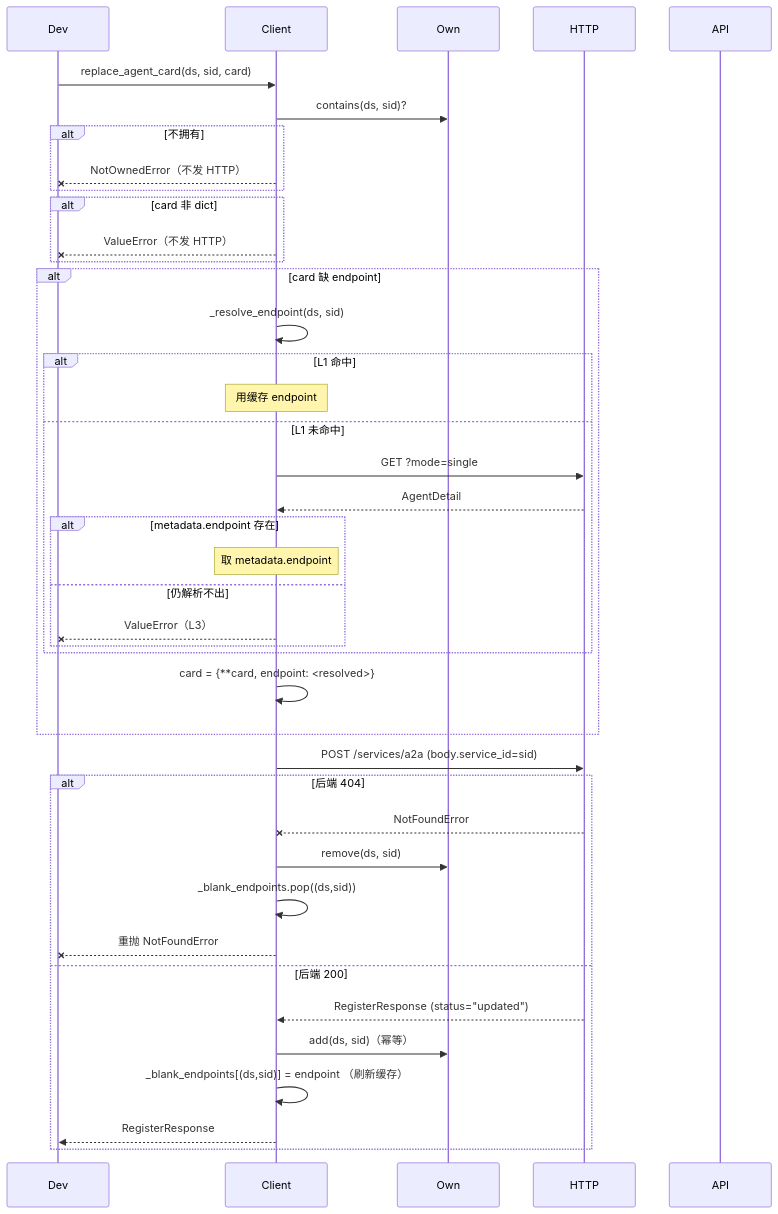
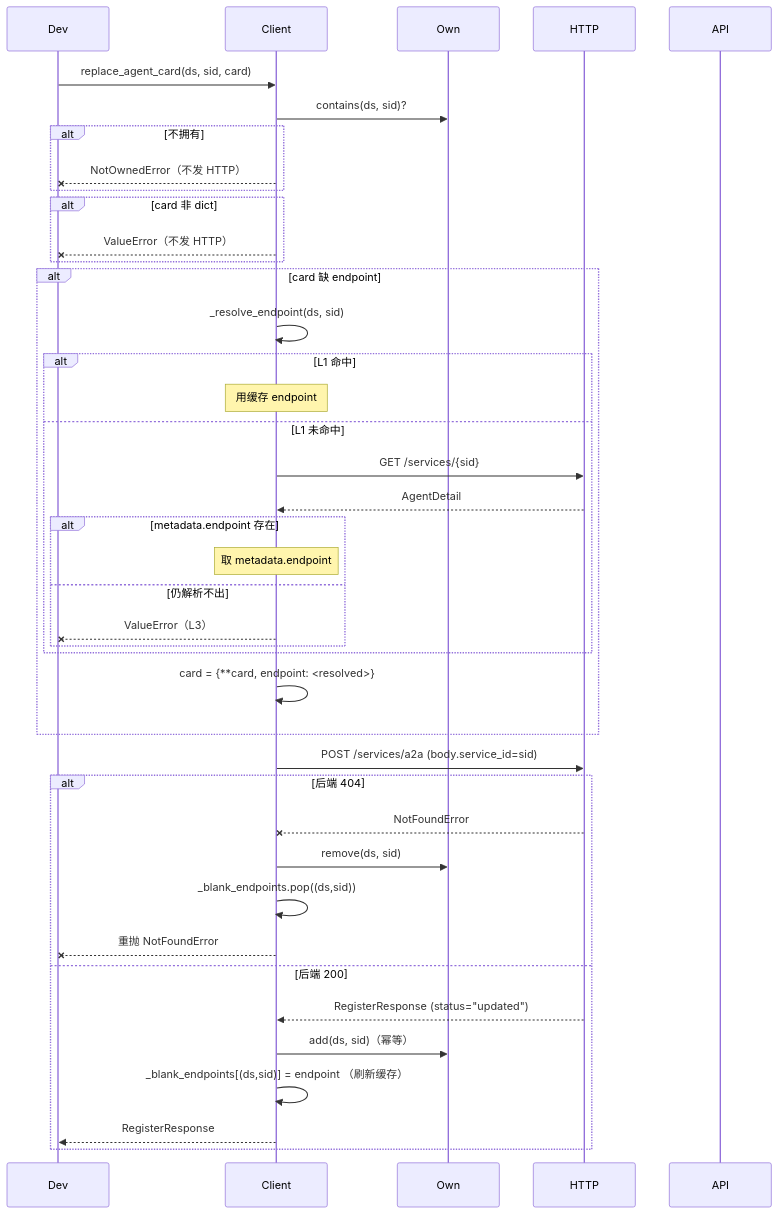
One commit to Weizheng96/A2X-registry changed the fifth of 7 diagrams in docs/client_design.md. Above: the diagram before and after it, drawn with Mermaid. The commit also changed other lines of this file and 14 other files, not shown here.

First line of the commit message:
refactor: consolidate /services endpoint, eliminate mode parameter

````diff
--- a/docs/client_design.md
+++ b/docs/client_design.md
@@ -577,44 +577,44 @@
 ```mermaid
 sequenceDiagram
     participant Dev
     participant Client
     participant Own
     participant HTTP
     participant API
 
     Dev->>Client: replace_agent_card(ds, sid, card)
     Client->>Own: contains(ds, sid)?
     alt 不拥有
         Client--xDev: NotOwnedError（不发 HTTP）
     end
     alt card 非 dict
         Client--xDev: ValueError（不发 HTTP）
     end
     alt card 缺 endpoint
         Client->>Client: _resolve_endpoint(ds, sid)
         alt L1 命中
             Note over Client: 用缓存 endpoint
         else L1 未命中
-            Client->>HTTP: GET ?mode=single
+            Client->>HTTP: GET /services/{sid}
             HTTP-->>Client: AgentDetail
             alt metadata.endpoint 存在
                 Note over Client: 取 metadata.endpoint
             else 仍解析不出
                 Client--xDev: ValueError（L3）
             end
         end
         Client->>Client: card = {**card, endpoint: <resolved>}
     end
     Client->>HTTP: POST /services/a2a (body.service_id=sid)
     alt 后端 404
         HTTP--xClient: NotFoundError
         Client->>Own: remove(ds, sid)
         Client->>Client: _blank_endpoints.pop((ds,sid))
         Client--xDev: 重抛 NotFoundError
     else 后端 200
         HTTP-->>Client: RegisterResponse (status="updated")
         Client->>Own: add(ds, sid)（幂等）
         Client->>Client: _blank_endpoints[(ds,sid)] = endpoint （刷新缓存）
         Client-->>Dev: RegisterResponse
     end
 ```
````
